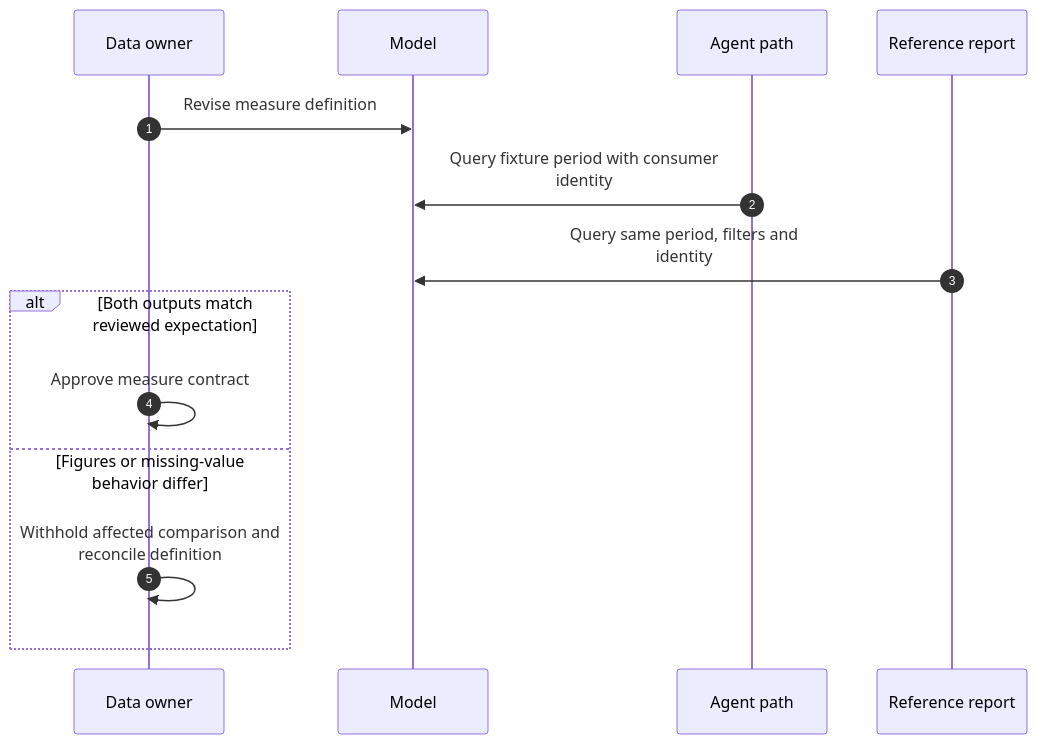
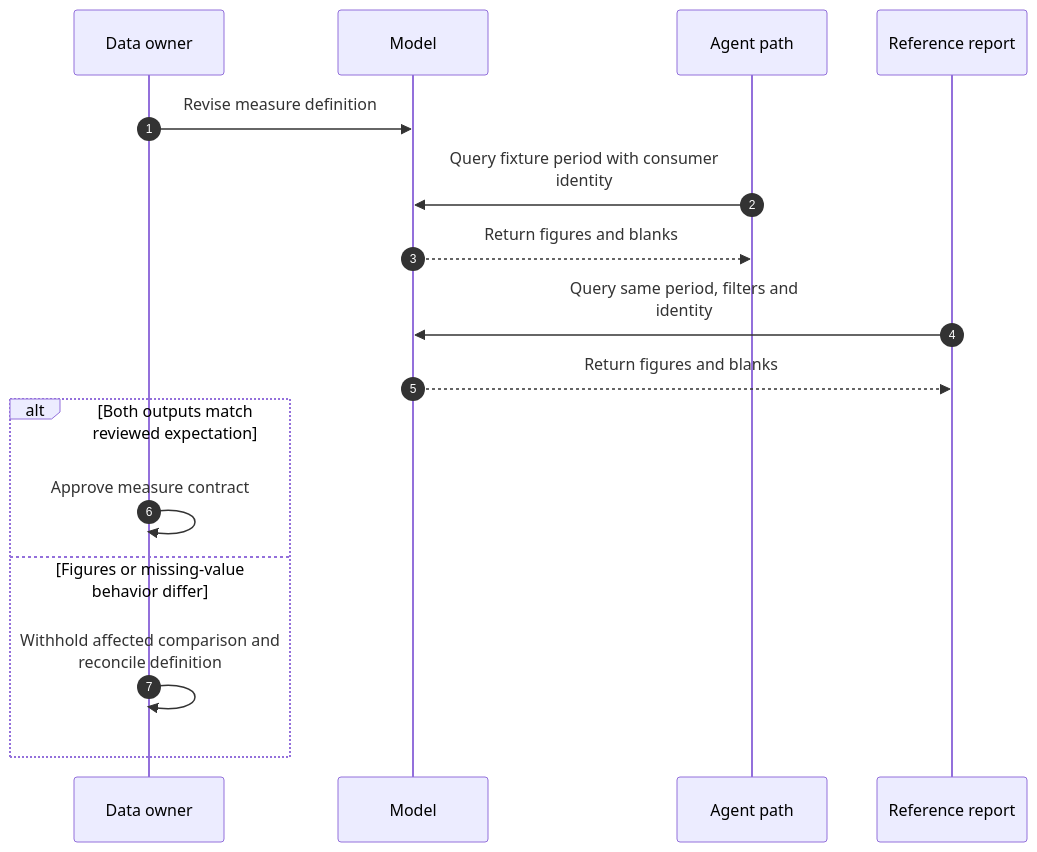
Before and after one commit to abhishek-ai-enabler/copilotstudio-architecture-patterns: the second of 2 diagrams in technical-patterns/semantic-model-contract.md, drawn with Mermaid. The commit also changed 41 other files, not shown here.

First line of the commit message:
Review diagrams: add return paths and fix flow accuracy

````diff
--- a/technical-patterns/semantic-model-contract.md
+++ b/technical-patterns/semantic-model-contract.md
@@ -33,17 +33,19 @@
 ```mermaid
 sequenceDiagram
     accTitle: Share a governed metric contract between agents and reports - technical flow
     autonumber
     participant O as Data owner
     participant M as Model
     participant A as Agent path
     participant R as Reference report
     O->>M: Revise measure definition
     A->>M: Query fixture period with consumer<br/>identity
+    M-->>A: Return figures and blanks
     R->>M: Query same period, filters and<br/>identity
+    M-->>R: Return figures and blanks
     alt Both outputs match reviewed expectation
-        O->>O: Approve measure contract
+      O->>O: Approve measure contract
     else Figures or missing-value behavior differ
-        O->>O: Withhold affected comparison and<br/>reconcile definition
+      O->>O: Withhold affected comparison and<br/>reconcile definition
     end
 ```
````
